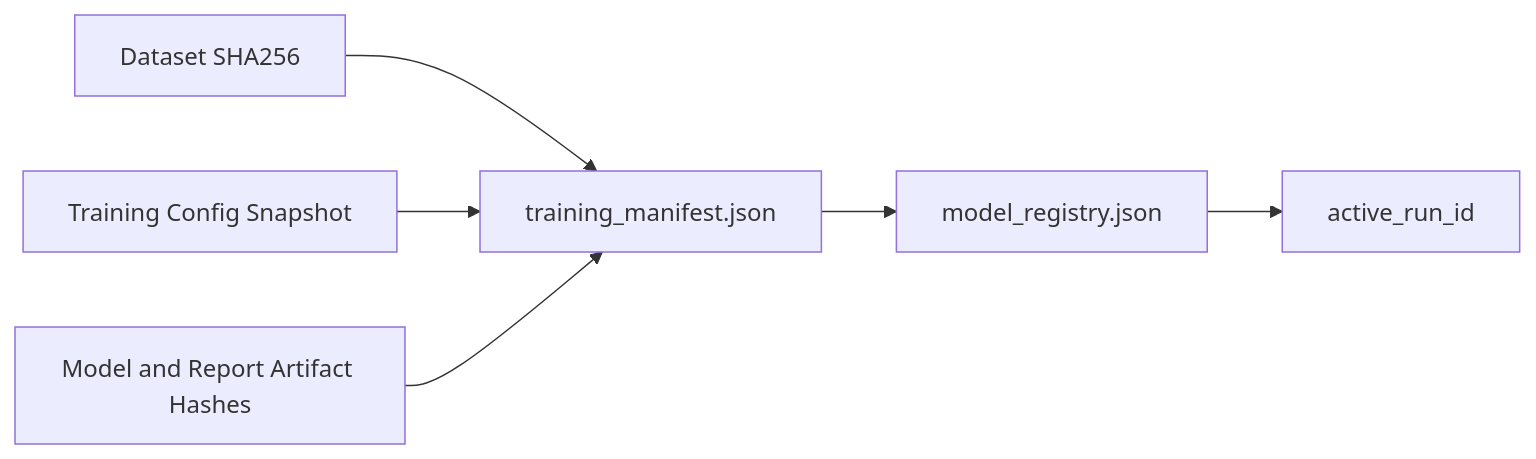
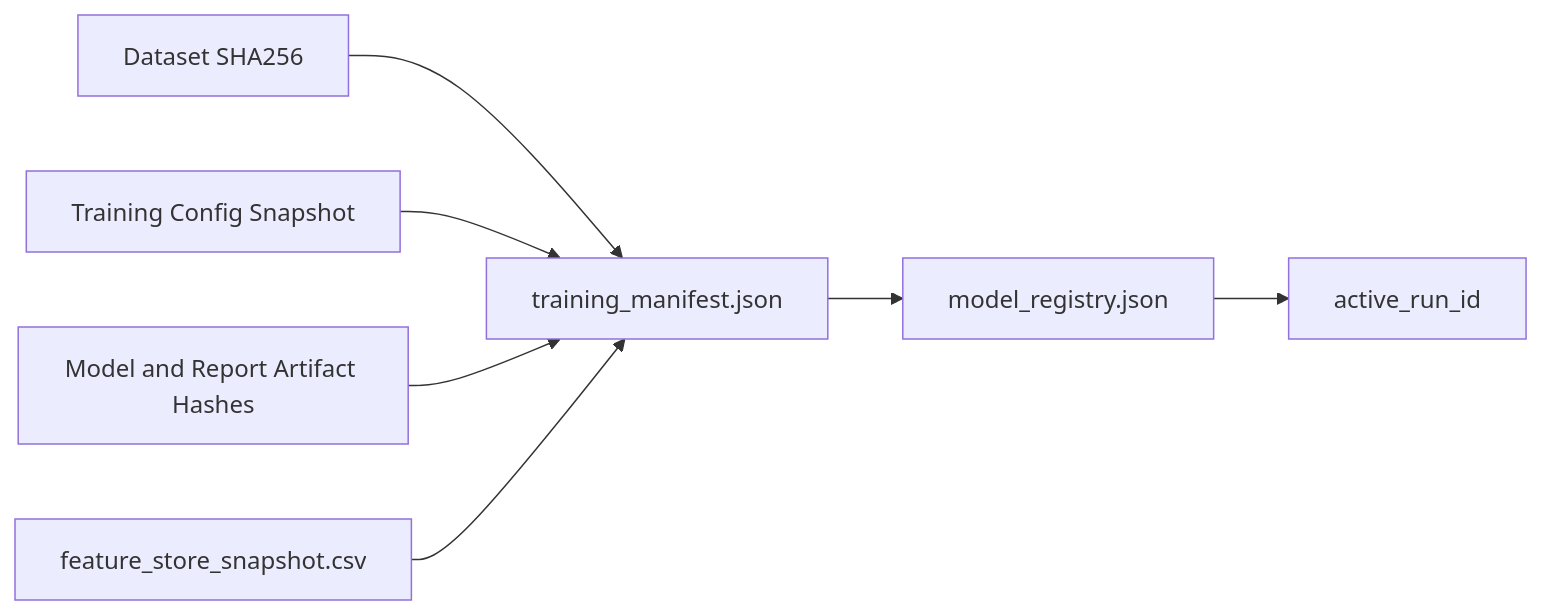
Before and after one commit to hoangsonww/YouTube-Success-Prediction-ML: the sixth of 27 diagrams in ARCHITECTURE.md, drawn with Mermaid. The commit also changed other lines of this file and 109 other files, not shown here.

````diff
--- a/ARCHITECTURE.md
+++ b/ARCHITECTURE.md
@@ -454,8 +469,9 @@
 ```mermaid
 flowchart LR
     D[Dataset SHA256] --> M[training_manifest.json]
     C[Training Config Snapshot] --> M
     R[Model and Report Artifact Hashes] --> M
+    FS[feature_store_snapshot.csv] --> M
     M --> G[model_registry.json]
     G --> A[active_run_id]
 ```
````
